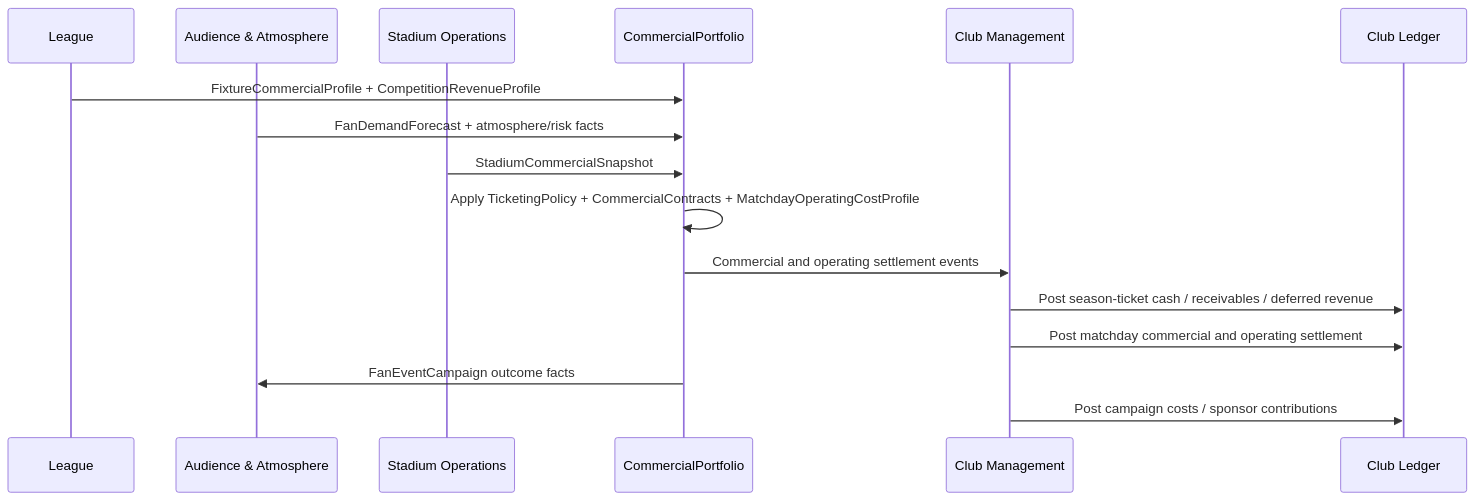
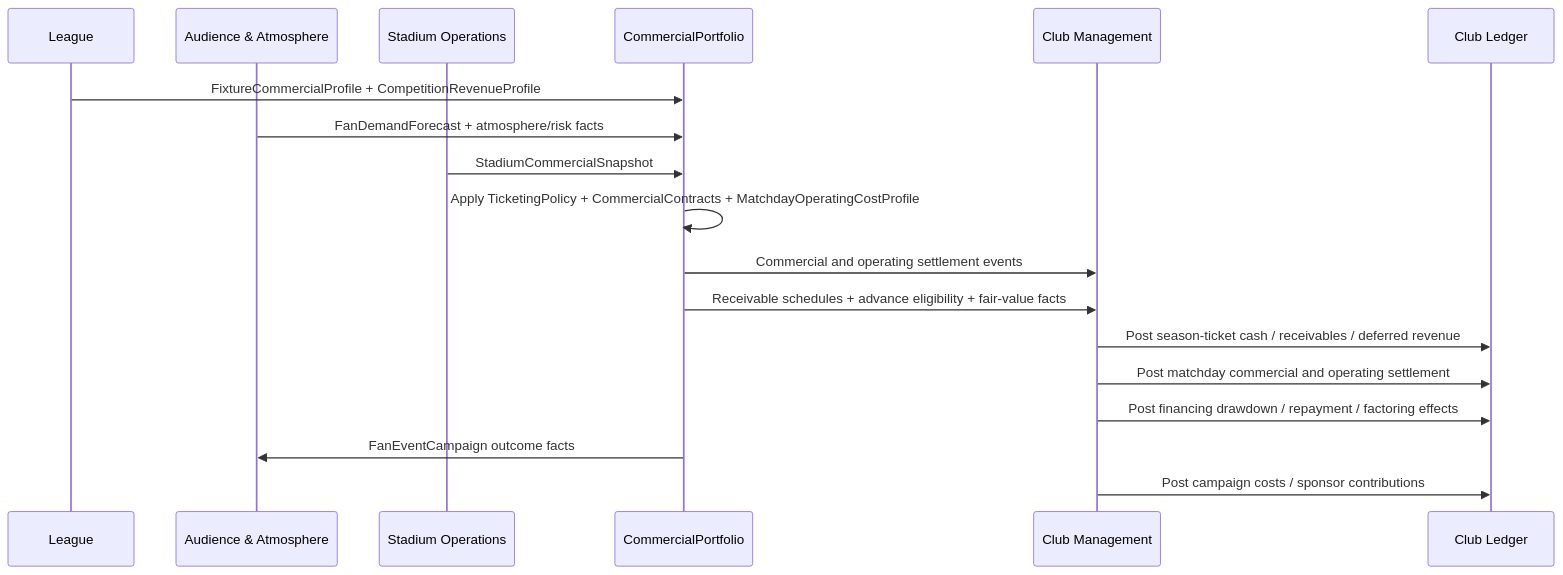
One commit to EtroxTaran/klubhaus-elf changed the diagram in docs/30-Implementation/club-economy-commercial-contracts.md. Above: the diagram before and after it, drawn with Mermaid. The commit also changed other lines of this file and 16 other files, not shown here.

Commit message:
docs: define FMX-49 club financing tools (#111)

````diff
--- a/docs/30-Implementation/club-economy-commercial-contracts.md
+++ b/docs/30-Implementation/club-economy-commercial-contracts.md
@@ -624,19 +659,21 @@
 ```mermaid
 sequenceDiagram
     participant League
     participant Fan as Audience & Atmosphere
     participant Stadium as Stadium Operations
     participant Commercial as CommercialPortfolio
     participant Club as Club Management
     participant Ledger as Club Ledger
 
     League->>Commercial: FixtureCommercialProfile + CompetitionRevenueProfile
     Fan->>Commercial: FanDemandForecast + atmosphere/risk facts
     Stadium->>Commercial: StadiumCommercialSnapshot
     Commercial->>Commercial: Apply TicketingPolicy + CommercialContracts + MatchdayOperatingCostProfile
     Commercial->>Club: Commercial and operating settlement events
+    Commercial->>Club: Receivable schedules + advance eligibility + fair-value facts
     Club->>Ledger: Post season-ticket cash / receivables / deferred revenue
     Club->>Ledger: Post matchday commercial and operating settlement
+    Club->>Ledger: Post financing drawdown / repayment / factoring effects
     Commercial->>Fan: FanEventCampaign outcome facts
     Club->>Ledger: Post campaign costs / sponsor contributions
 ```
````
